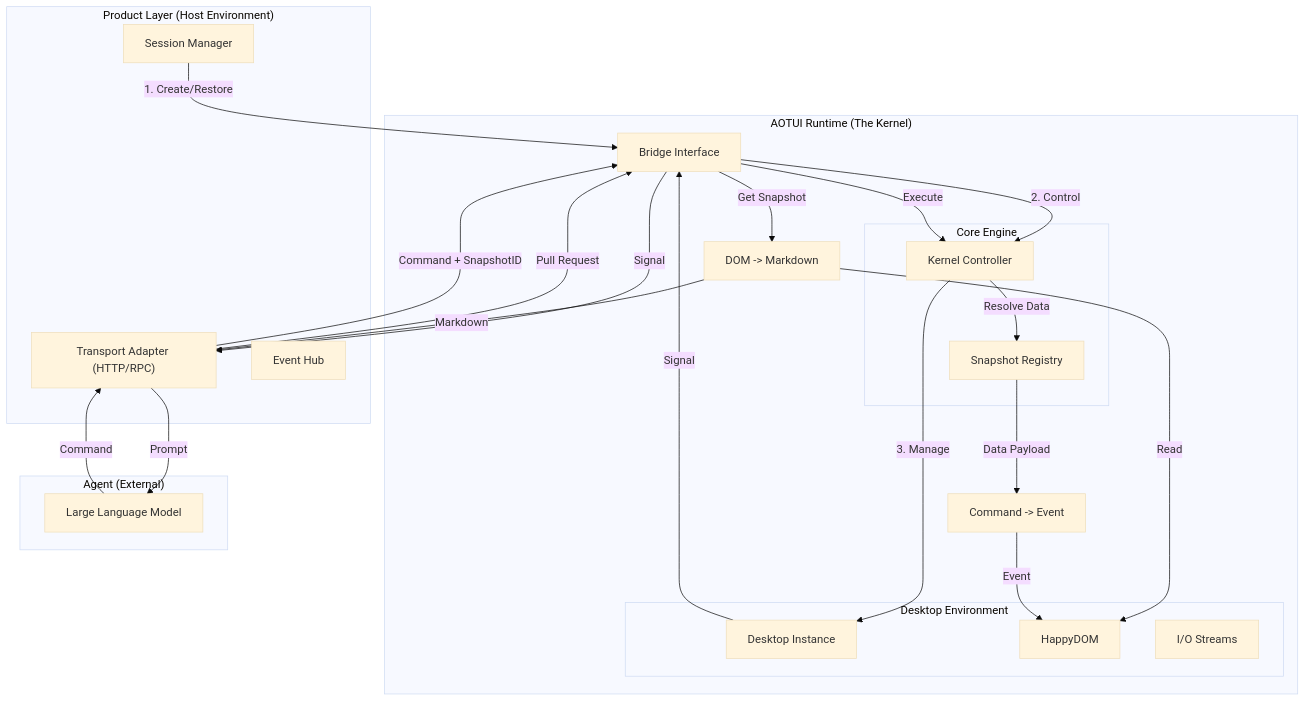
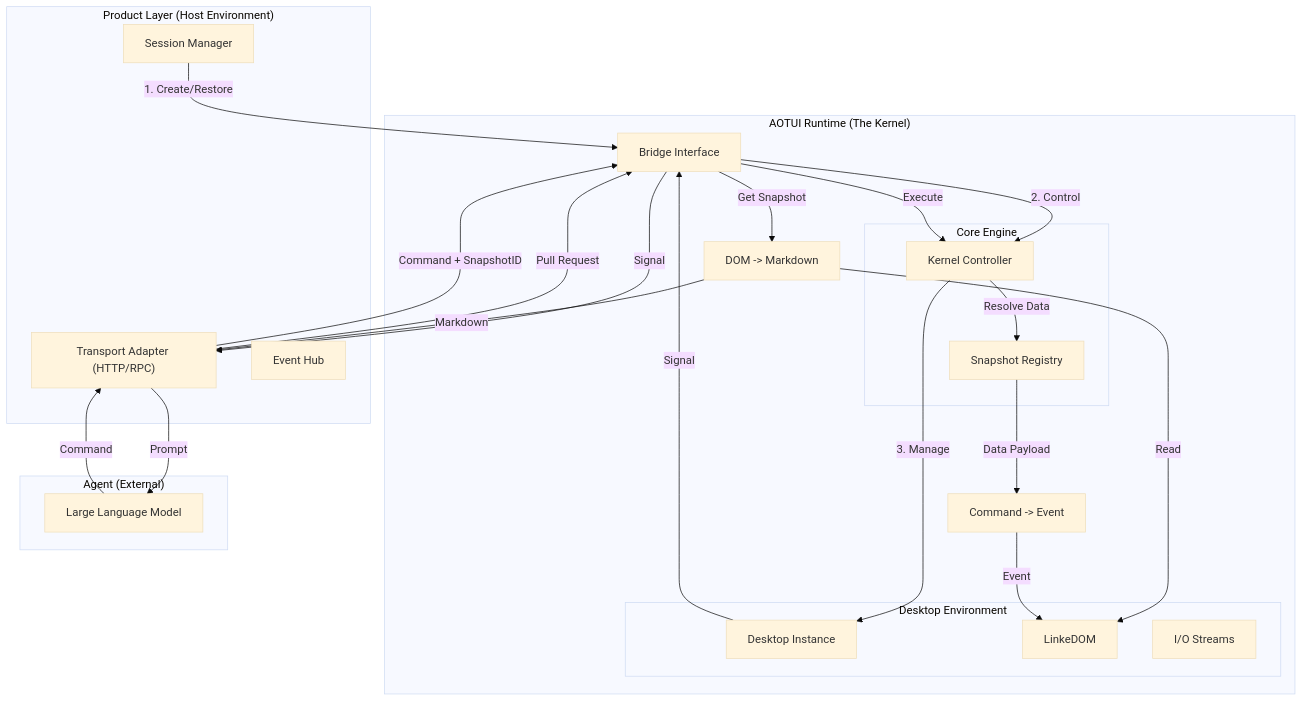
Before and after one commit to zhangweijp/preact: the first of 5 diagrams in aotui_docs/SYSTEM_DESIGN.md, drawn with Mermaid (base theme). The commit also changed other lines of this file and 2 other files, not shown here.

````diff
--- a/aotui_docs/SYSTEM_DESIGN.md
+++ b/aotui_docs/SYSTEM_DESIGN.md
@@ -23,52 +23,52 @@
 ```mermaid
 graph TB
     subgraph "Product Layer (Host Environment)"
         SessionMgr[Session Manager]
         Transport["Transport Adapter (HTTP/RPC)"]
         EventHub[Event Hub]
     end
 
     subgraph "AOTUI Runtime (The Kernel)"
         Bridge[Bridge Interface]
         
         subgraph "Core Engine"
             Kernel[Kernel Controller]
             Registry[Snapshot Registry]
         end
         
         subgraph "Desktop Environment"
             Desktop[Desktop Instance]
-            DOM[HappyDOM]
+            DOM[LinkeDOM]
             Stream[I/O Streams]
         end
         
         Transformer["DOM -> Markdown"]
         Dispatcher["Command -> Event"]
     end
 
     subgraph "Agent (External)"
         LLM[Large Language Model]
     end
 
     %% Data Flow
     SessionMgr -->|1. Create/Restore| Bridge
     Bridge -->|2. Control| Kernel
     Kernel -->|3. Manage| Desktop
     
     %% Read Loop (Passive)
     Desktop -->|Signal| Bridge
     Bridge -->|Signal| Transport
     Transport -->|Pull Request| Bridge
     Bridge -->|Get Snapshot| Transformer
     Transformer -- Read --> DOM
     Transformer -->|Markdown| Transport
     Transport -->|Prompt| LLM
     
     %% Write Loop (Active)
     LLM -->|Command| Transport
     Transport -->|Command + SnapshotID| Bridge
     Bridge -->|Execute| Kernel
     Kernel -->|Resolve Data| Registry
     Registry -->|Data Payload| Dispatcher
     Dispatcher -->|Event| DOM
 ```
````
